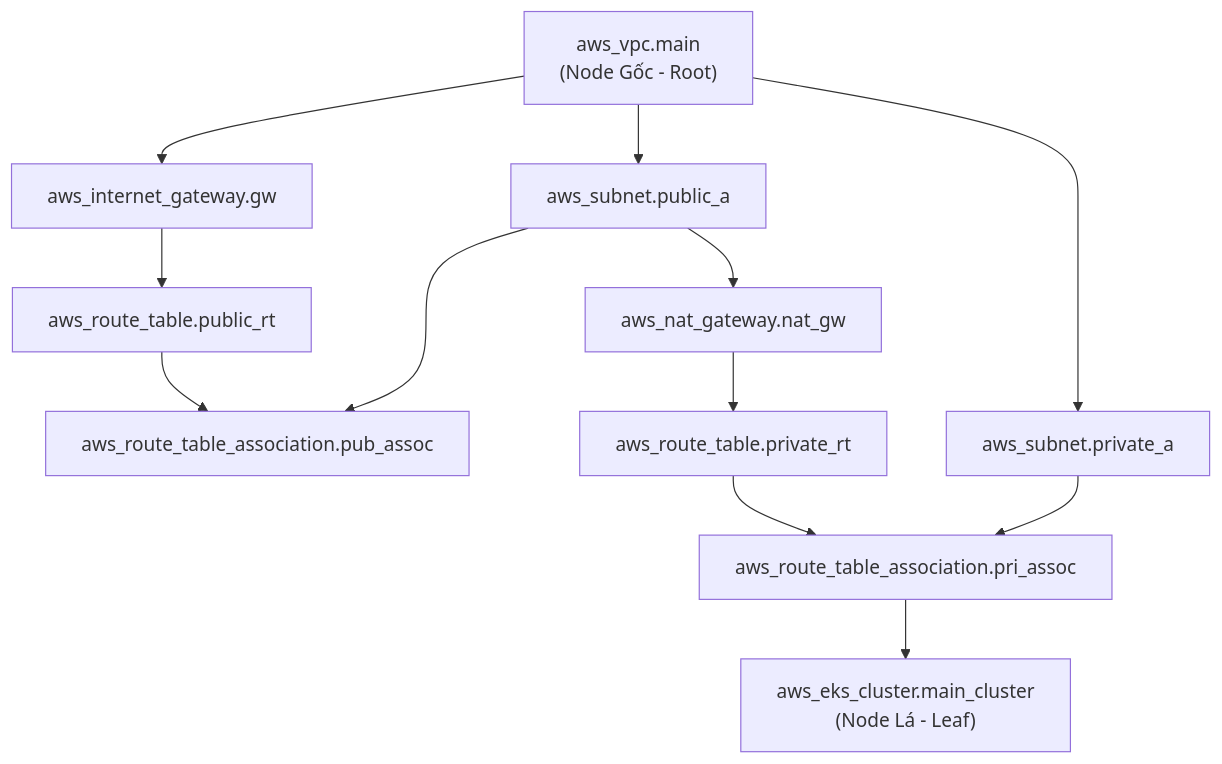
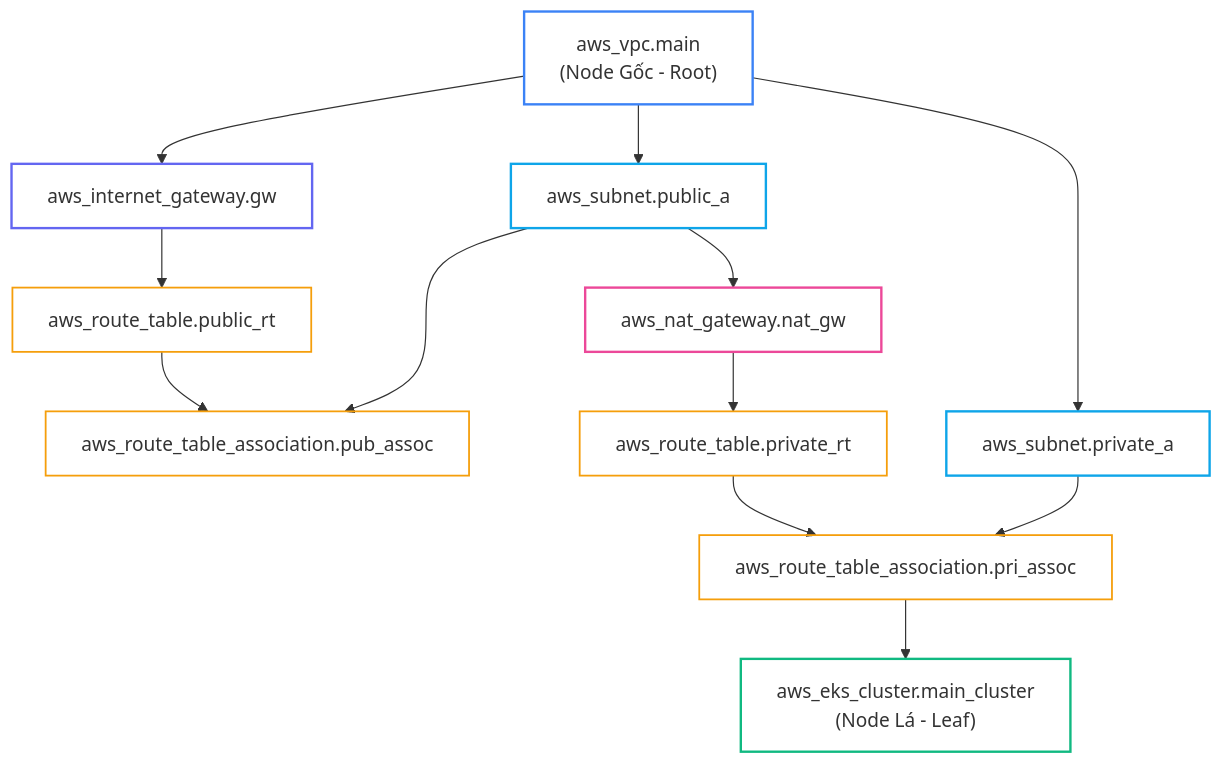
Before and after one commit to kiennt308/ntk: the second of 3 diagrams in _posts/2026-09-13-terraform-02-02-giai-ma-workflow-init-plan-apply-two-phase-execution-dag.md, drawn with Mermaid. The commit also changed other lines of this file, not shown here.

````diff
--- a/_posts/2026-09-13-terraform-02-02-giai-ma-workflow-init-plan-apply-two-phase-execution-dag.md
+++ b/_posts/2026-09-13-terraform-02-02-giai-ma-workflow-init-plan-apply-two-phase-execution-dag.md
@@ -101,19 +100,28 @@
 ```mermaid
-graph TD
+flowchart TD
     VPC["aws_vpc.main<br/>(Node Gốc - Root)"] --> IGW["aws_internet_gateway.gw"]
     VPC --> SUB_PUB["aws_subnet.public_a"]
     VPC --> SUB_PRI["aws_subnet.private_a"]
     
     IGW --> RT_PUB["aws_route_table.public_rt"]
     SUB_PUB --> RT_PUB_ASSOC["aws_route_table_association.pub_assoc"]
     RT_PUB --> RT_PUB_ASSOC
     
     SUB_PUB --> NAT["aws_nat_gateway.nat_gw"]
     NAT --> RT_PRI["aws_route_table.private_rt"]
     SUB_PRI --> RT_PRI_ASSOC["aws_route_table_association.pri_assoc"]
     RT_PRI --> RT_PRI_ASSOC
 
     RT_PRI_ASSOC --> EKS["aws_eks_cluster.main_cluster<br/>(Node Lá - Leaf)"]
 
-
+    style VPC fill:none,stroke:#3b82f6,stroke-width:2px
+    style IGW fill:none,stroke:#6366f1,stroke-width:2px
+    style SUB_PUB fill:none,stroke:#0ea5e9,stroke-width:2px
+    style SUB_PRI fill:none,stroke:#0ea5e9,stroke-width:2px
+    style RT_PUB fill:none,stroke:#f59e0b,stroke-width:1.5px
+    style RT_PUB_ASSOC fill:none,stroke:#f59e0b,stroke-width:1.5px
+    style NAT fill:none,stroke:#ec4899,stroke-width:2px
+    style RT_PRI fill:none,stroke:#f59e0b,stroke-width:1.5px
+    style RT_PRI_ASSOC fill:none,stroke:#f59e0b,stroke-width:1.5px
+    style EKS fill:none,stroke:#10b981,stroke-width:2px
 ```
````
